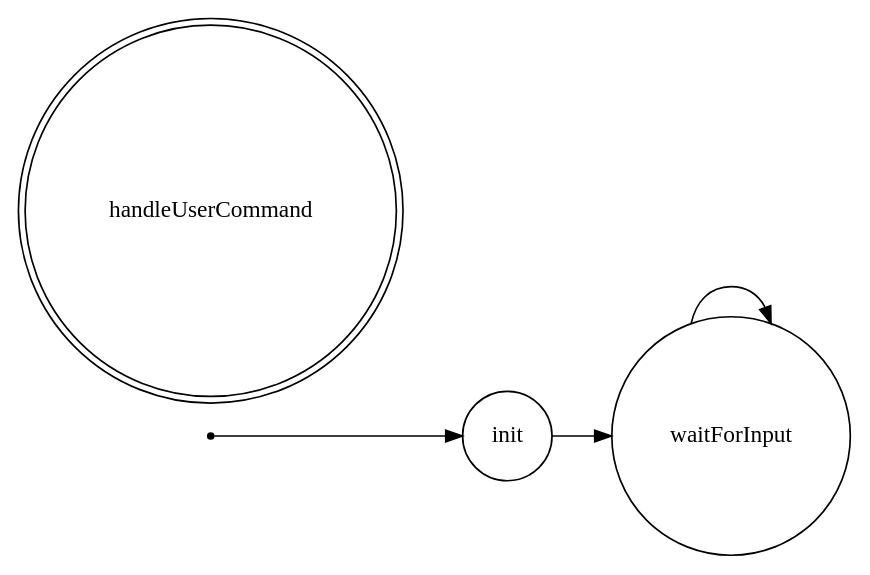
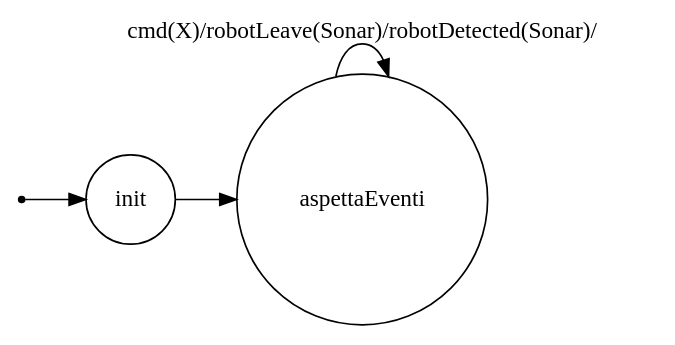
Before and after one commit to sabbio93/QRobotEvitaMuri: the diagram in Model1/srcMore/it/unibo/robotmind/dotFsm.gv, drawn with Graphviz. The commit also changed 50 other files, not shown here.

```diff
--- a/Model1/srcMore/it/unibo/robotmind/dotFsm.gv
+++ b/Model1/srcMore/it/unibo/robotmind/dotFsm.gv
@@ -1,22 +1,22 @@
 /*
 *
 * A GraphViz DOT FSM description 
 * Please use a GraphViz visualizer (like http://www.webgraphviz.com)
 * 
 * Generated by AM,NC,RM
 *  
 */
  
 digraph finite_state_machine {
   	rankdir=LR;
   	size="8,5"
   	node [shape = point]; iniziale;
-  	node [shape = doublecircle]; handleUserCommand; 
+  	node [shape = doublecircle]; 
   	node [shape = circle];
   	iniziale -> init [label = ""];
   	
   	
-  	init -> waitForInput [ label = ""];
+  	init -> aspettaEventi [ label = ""];
   	
-  	waitForInput -> waitForInput [ label = ""];
+  	aspettaEventi -> aspettaEventi [ label = "cmd(X)/robotLeave(Sonar)/robotDetected(Sonar)/"];
 }
```
